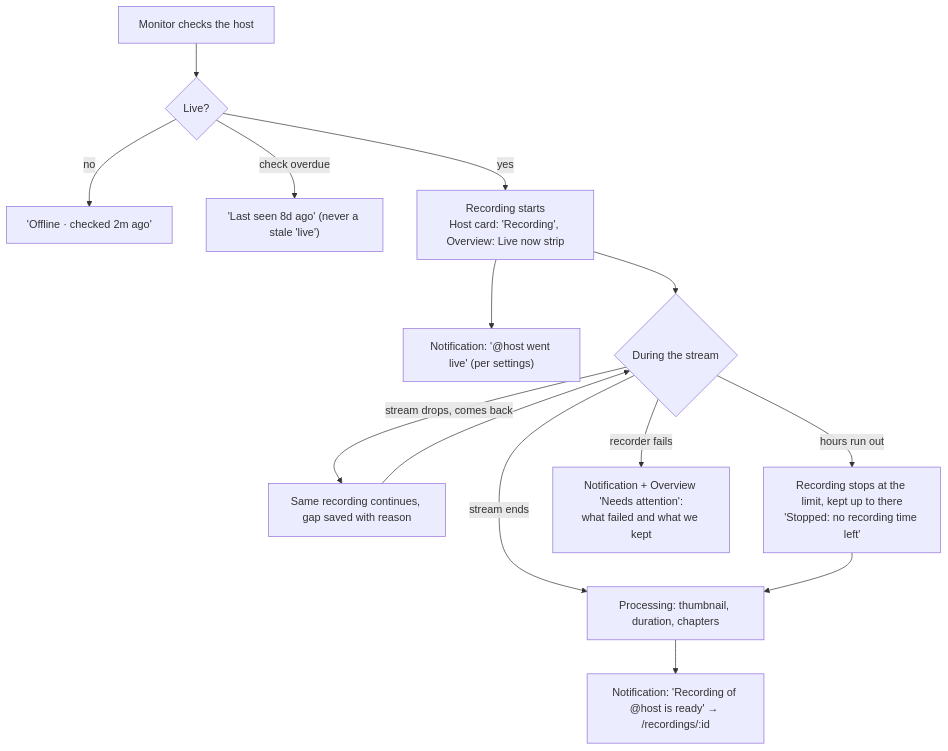
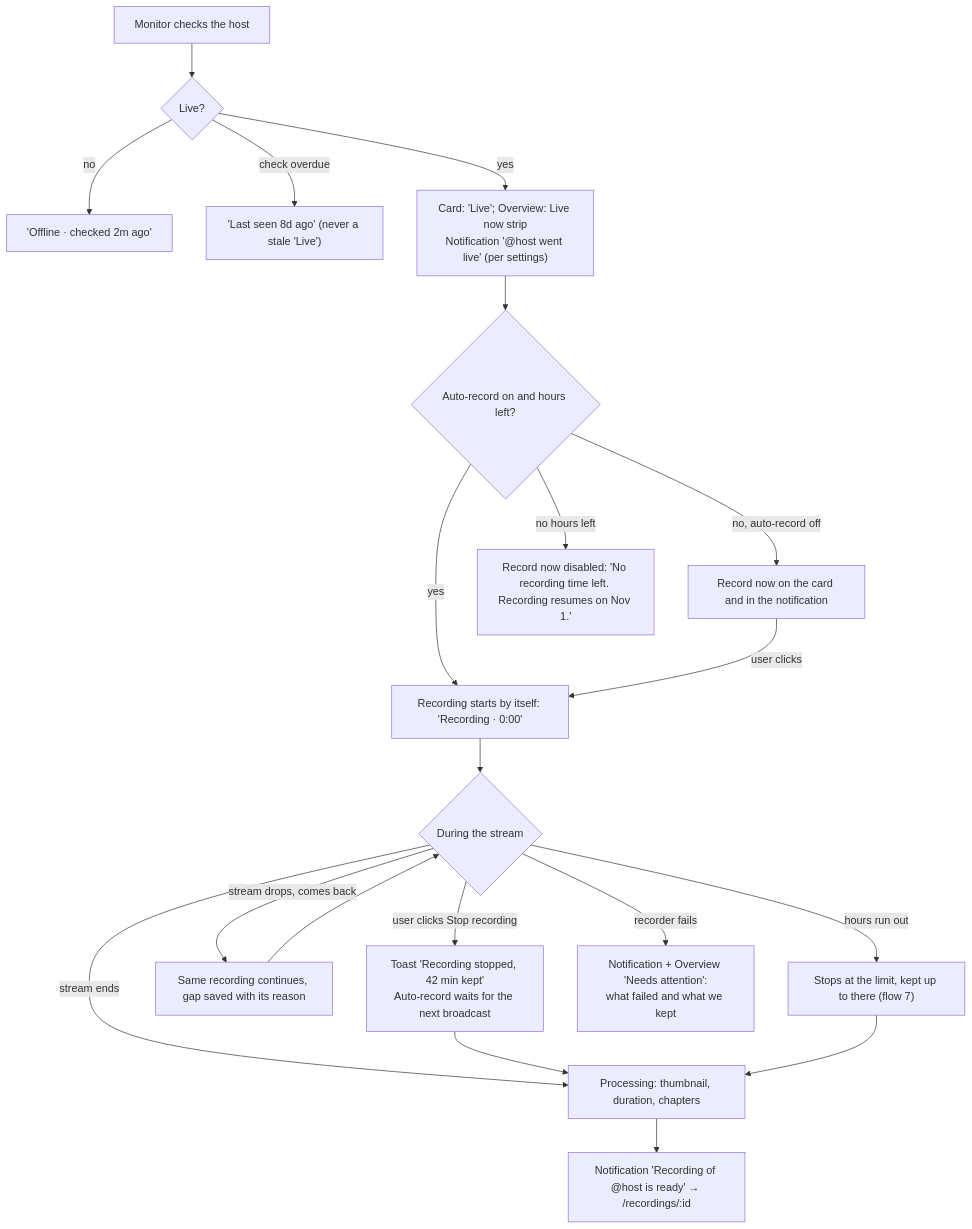
Before and after one commit to binhld98/AutoRecordLive: the third of 11 diagrams in docs/user-flows.md, drawn with Mermaid. The commit also changed other lines of this file, not shown here.

Commit message:
docs: revise user flows after review

````diff
--- a/docs/user-flows.md
+++ b/docs/user-flows.md
@@ -76,16 +125,22 @@
 ```mermaid
 flowchart TD
   check["Monitor checks the host"] --> live{"Live?"}
   live -- no --> idle["'Offline · checked 2m ago'"]
-  live -- "check overdue" --> unknown["'Last seen 8d ago' (never a stale 'live')"]
-  live -- yes --> rec["Recording starts<br/>Host card: 'Recording', Overview: Live now strip"]
-  rec --> notify1["Notification: '@host went live' (per settings)"]
+  live -- "check overdue" --> unknown["'Last seen 8d ago' (never a stale 'Live')"]
+  live -- yes --> wentlive["Card: 'Live'; Overview: Live now strip<br/>Notification '@host went live' (per settings)"]
+  wentlive --> auto{"Auto-record on and hours left?"}
+  auto -- yes --> rec["Recording starts by itself: 'Recording · 0:00'"]
+  auto -- "no, auto-record off" --> manual["Record now on the card and in the notification"]
+  manual -- "user clicks" --> rec
+  auto -- "no hours left" --> blocked["Record now disabled: 'No recording time left. Recording resumes on Nov 1.'"]
   rec --> during{"During the stream"}
-  during -- "stream drops, comes back" --> gap["Same recording continues, gap saved with reason"]
+  during -- "user clicks Stop recording" --> stopped["Toast 'Recording stopped, 42 min kept'<br/>Auto-record waits for the next broadcast"]
+  during -- "stream drops, comes back" --> gap["Same recording continues, gap saved with its reason"]
   gap --> during
-  during -- "hours run out" --> cut["Recording stops at the limit, kept up to there<br/>'Stopped: no recording time left'"]
+  during -- "hours run out" --> cut["Stops at the limit, kept up to there (flow 7)"]
   during -- "recorder fails" --> fail["Notification + Overview 'Needs attention':<br/>what failed and what we kept"]
   during -- "stream ends" --> process["Processing: thumbnail, duration, chapters"]
+  stopped --> process
   cut --> process
-  process --> ready["Notification: 'Recording of @host is ready' → /recordings/:id"]
+  process --> ready["Notification 'Recording of @host is ready' → /recordings/:id"]
 ```
````
